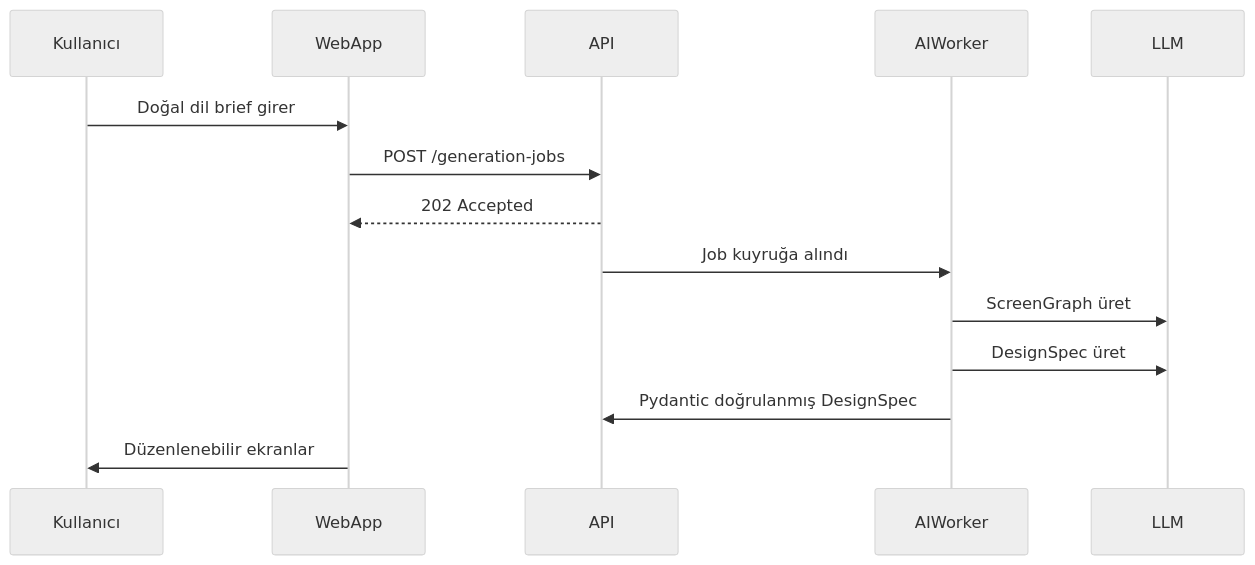
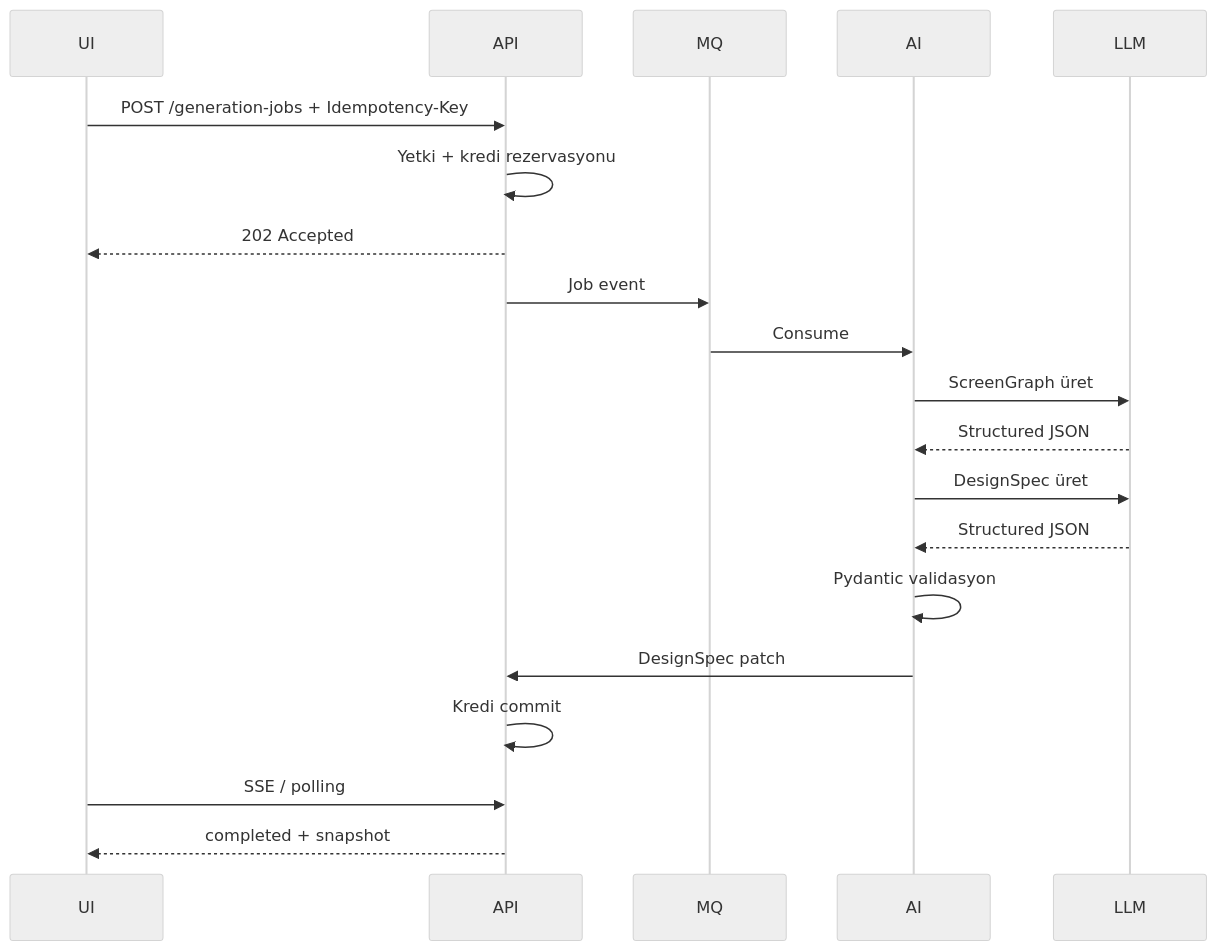
Before and after one commit to Krayirhan/Floriven-Studio: the second of 2 diagrams in README.md, drawn with Mermaid (neutral theme). The commit also changed other lines of this file, not shown here.

````diff
--- a/README.md
+++ b/README.md
@@ -87,17 +100,23 @@
 ```mermaid
 sequenceDiagram
-  participant Kullanıcı
-  participant WebApp
-  participant API
-  participant AIWorker
-  participant LLM
+    participant UI
+    participant API
+    participant MQ
+    participant AI
+    participant LLM
 
-  Kullanıcı->>WebApp: Doğal dil brief girer
-  WebApp->>API: POST /generation-jobs
-  API-->>WebApp: 202 Accepted
-  API->>AIWorker: Job kuyruğa alındı
-  AIWorker->>LLM: ScreenGraph üret
-  AIWorker->>LLM: DesignSpec üret
-  AIWorker->>API: Pydantic doğrulanmış DesignSpec
-  WebApp->>Kullanıcı: Düzenlenebilir ekranlar
+    UI->>API: POST /generation-jobs + Idempotency-Key
+    API->>API: Yetki + kredi rezervasyonu
+    API-->>UI: 202 Accepted
+    API->>MQ: Job event
+    MQ->>AI: Consume
+    AI->>LLM: ScreenGraph üret
+    LLM-->>AI: Structured JSON
+    AI->>LLM: DesignSpec üret
+    LLM-->>AI: Structured JSON
+    AI->>AI: Pydantic validasyon
+    AI->>API: DesignSpec patch
+    API->>API: Kredi commit
+    UI->>API: SSE / polling
+    API-->>UI: completed + snapshot
 ```
````
